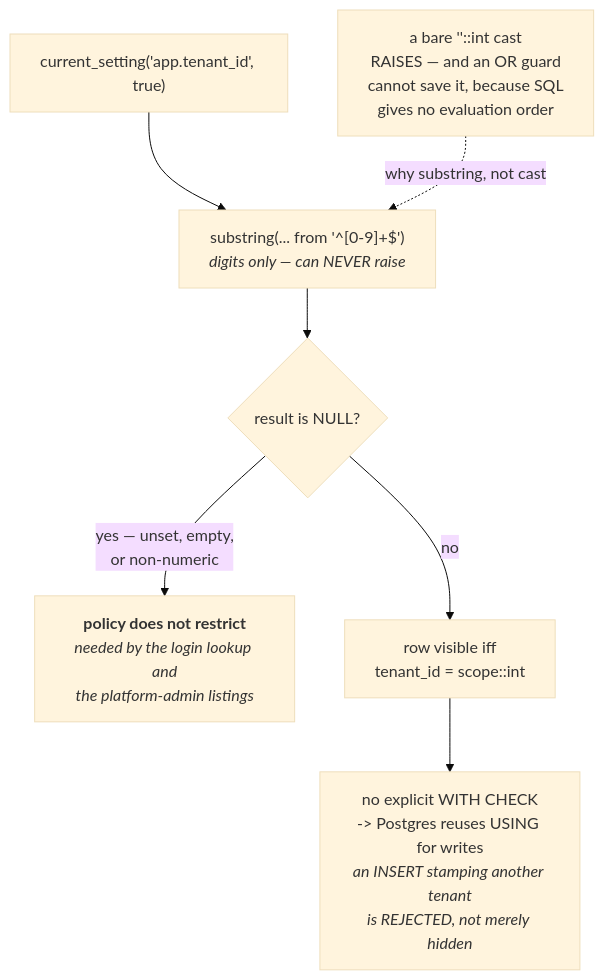
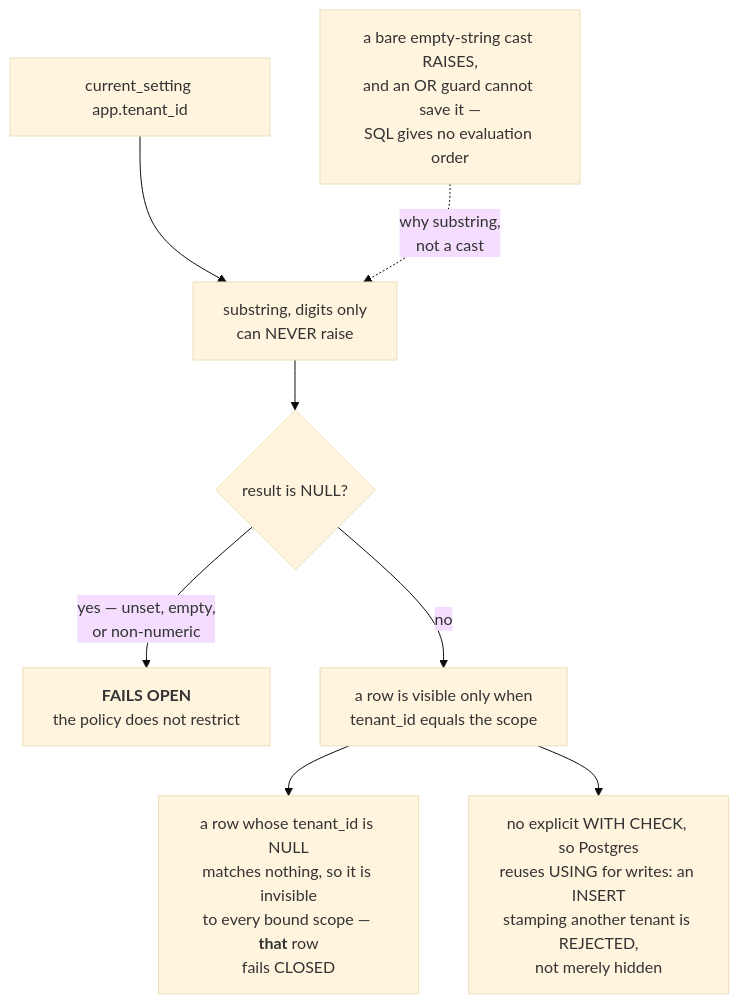
The third of 5 diagrams in docs/teaching/governance/40-diagrams.md (yrevash/aegis), drawn with Mermaid (base theme) before and after one commit. The commit also changed other lines of this file and 111 other files, not shown here.

````diff
--- a/docs/teaching/governance/40-diagrams.md
+++ b/docs/teaching/governance/40-diagrams.md
@@ -94,12 +74,13 @@
 ```mermaid
 flowchart TB
-    P["current_setting('app.tenant_id', true)"] --> S["substring(... from '^[0-9]+$')<br/><i>digits only — can NEVER raise</i>"]
+    P["current_setting app.tenant_id"] --> S["substring, digits only<br/>can NEVER raise"]
 
     S --> N{"result is NULL?"}
-    N -->|"yes — unset, empty,<br/>or non-numeric"| OPEN["<b>policy does not restrict</b><br/><i>needed by the login lookup and<br/>the platform-admin listings</i>"]
-    N -->|no| MATCH["row visible iff<br/>tenant_id = scope::int"]
+    N -->|"yes — unset, empty,<br/>or non-numeric"| OPEN["<b>FAILS OPEN</b><br/>the policy does not restrict"]
+    N -->|no| MATCH["a row is visible only when<br/>tenant_id equals the scope"]
 
-    MATCH --> W["no explicit WITH CHECK<br/>-> Postgres reuses USING for writes<br/><i>an INSERT stamping another tenant<br/>is REJECTED, not merely hidden</i>"]
+    MATCH --> NULLROW["a row whose tenant_id is NULL<br/>matches nothing, so it is invisible<br/>to every bound scope — <b>that</b> row<br/>fails CLOSED"]
+    MATCH --> W["no explicit WITH CHECK, so Postgres<br/>reuses USING for writes: an INSERT<br/>stamping another tenant is REJECTED,<br/>not merely hidden"]
 
-    BAD["a bare ''::int cast<br/>RAISES — and an OR guard<br/>cannot save it, because SQL<br/>gives no evaluation order"] -.->|"why substring, not cast"| S
+    BAD["a bare empty-string cast RAISES,<br/>and an OR guard cannot save it —<br/>SQL gives no evaluation order"] -.->|"why substring,<br/>not a cast"| S
 ```
````
